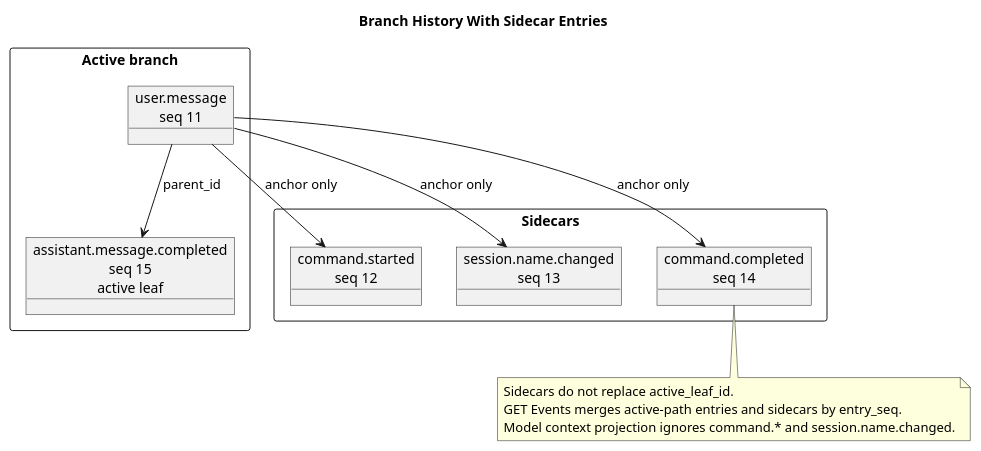
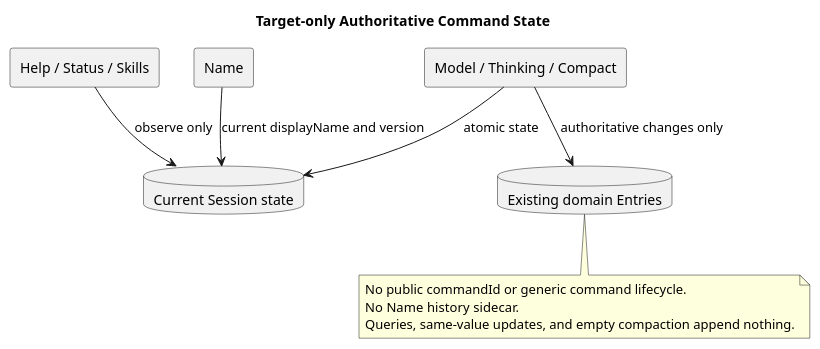
The third of 3 diagrams in 04-命令与技能/00-Slash-Command通用模块/设计图/diagram.puml (ssm0808/pi-mono-java-design), drawn with PlantUML before and after one commit. The commit also changed other lines of this file and 47 other files, not shown here.

```diff
--- a/04-命令与技能/00-Slash-Command通用模块/设计图/diagram.puml
+++ b/04-命令与技能/00-Slash-Command通用模块/设计图/diagram.puml
@@ -270,30 +71,20 @@
-@startuml sidecar_history
-title Branch History With Sidecar Entries
+@startuml authoritative_command_state
+title Target-only Authoritative Command State
+' Source evidence: pi-mono-java@d84dd3d6 modules/coding-agent-cli/src/main/resources/db/gaussdb/install/session_schema.sql t_sessions.
+' Architecture change: current name and existing domain entries replace generic command history.
 skinparam shadowing false
-
-' Source evidence: pi-mono-java@c1311f69 mate-campusclaw/src/main/resources/mapper/session/RuntimeSessionMapper.xml:132-190
-' Source evidence: pi-mono-java@c1311f69 mate-campusclaw/src/main/resources/db/gaussdb/install/session_schema.sql:99-157
-' Observed behavior: current history reads only ancestors of active_leaf_id ordered by entry_seq.
-' Target design: command lifecycle and name events are sidecars anchored to active-path entries.
-
-rectangle "Active branch" {
-  object "user.message\nseq 11" as U
-  object "assistant.message.completed\nseq 15\nactive leaf" as A
-  U --> A : parent_id
-}
-rectangle "Sidecars" {
-  object "command.started\nseq 12" as CS
-  object "session.name.changed\nseq 13" as NC
-  object "command.completed\nseq 14" as CC
-}
-
-U --> CS : anchor only
-U --> NC : anchor only
-U --> CC : anchor only
-
+rectangle "Help / Status / Skills" as Read
+rectangle Name
+rectangle "Model / Thinking / Compact" as Domain
+database "Current Session state" as Session
+database "Existing domain Entries" as Entries
+Read --> Session : observe only
+Name --> Session : current displayName and version
+Domain --> Session : atomic state
+Domain --> Entries : authoritative changes only
 note bottom
-Sidecars do not replace active_leaf_id.
-GET Events merges active-path entries and sidecars by entry_seq.
-Model context projection ignores command.* and session.name.changed.
+No public commandId or generic command lifecycle.
+No Name history sidecar.
+Queries, same-value updates, and empty compaction append nothing.
 end note
 @enduml
```
